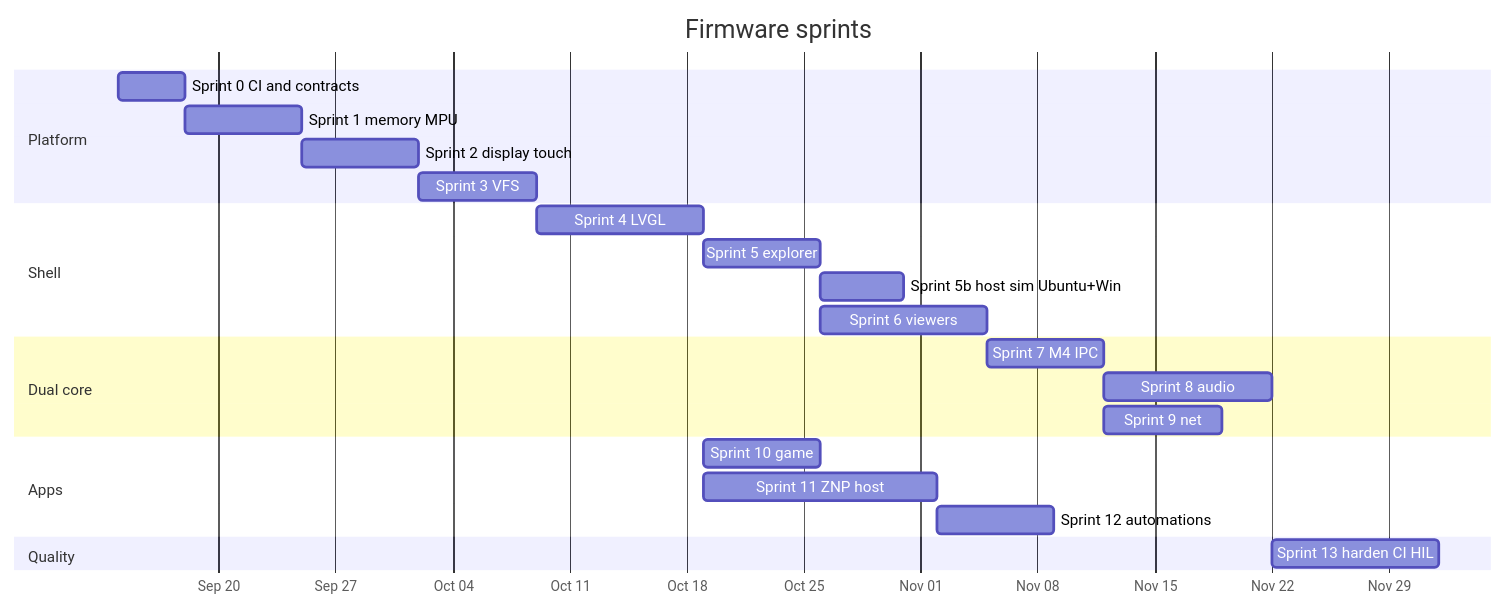
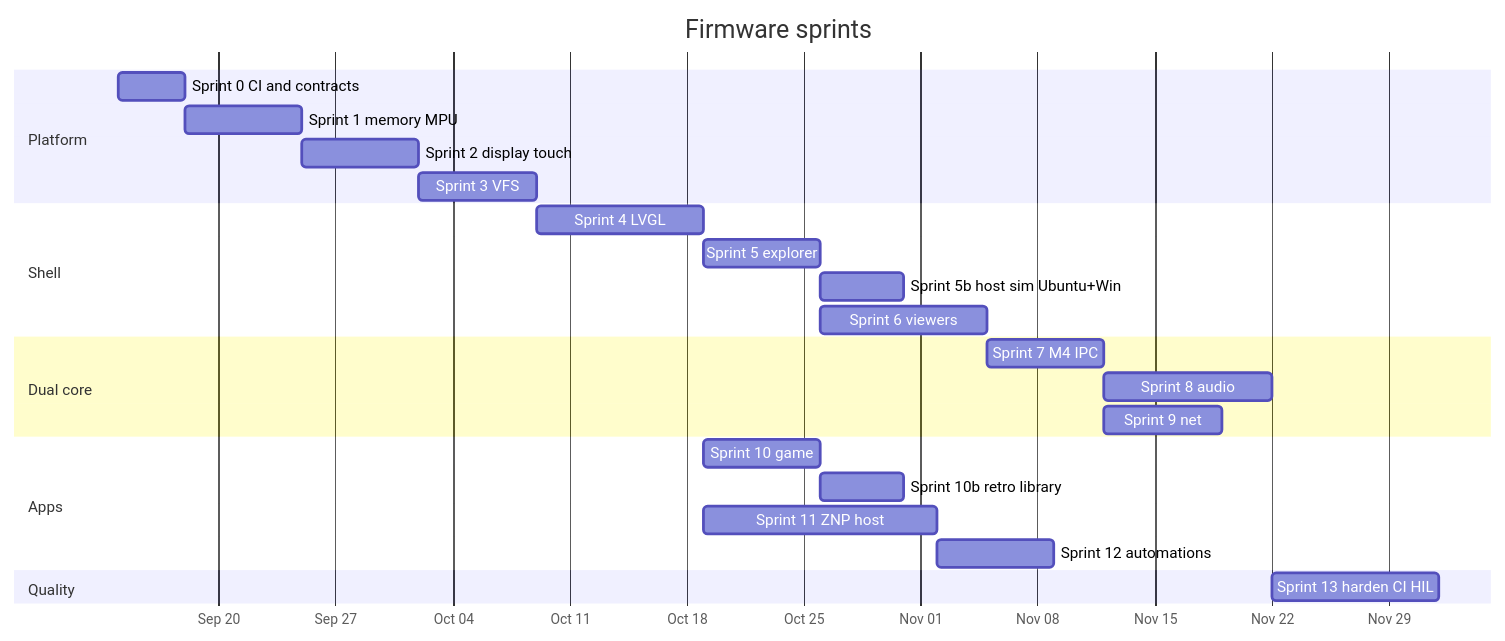
Before and after one commit to vanbuong/stm32h745-disco: the second of 2 diagrams in doc/Plan.md, drawn with Mermaid. The commit also changed other lines of this file and 22 other files, not shown here.

````diff
--- a/doc/Plan.md
+++ b/doc/Plan.md
@@ -78,26 +80,27 @@
 ```mermaid
 gantt
   title Firmware sprints
   dateFormat  YYYY-MM-DD
   axisFormat  %b %d
   section Platform
   Sprint 0 CI and contracts     :s0, 2026-09-14, 4d
   Sprint 1 memory MPU           :s1, after s0, 7d
   Sprint 2 display touch        :s2, after s1, 7d
   Sprint 3 VFS                  :s3, after s2, 7d
   section Shell
   Sprint 4 LVGL                 :s4, after s3, 10d
   Sprint 5 explorer             :s5, after s4, 7d
   Sprint 5b host sim Ubuntu+Win :s5b, after s5, 5d
   Sprint 6 viewers              :s6, after s5, 10d
   section Dual core
   Sprint 7 M4 IPC               :s7, after s6, 7d
   Sprint 8 audio                :s8, after s7, 10d
   Sprint 9 net                  :s9, after s7, 7d
   section Apps
   Sprint 10 game                :s10, after s4, 7d
+  Sprint 10b retro library      :s10b, after s10, 5d
   Sprint 11 ZNP host            :s11, after s4, 14d
   Sprint 12 automations         :s12, after s11, 7d
   section Quality
   Sprint 13 harden CI HIL       :s13, after s8, 10d
 ```
````
